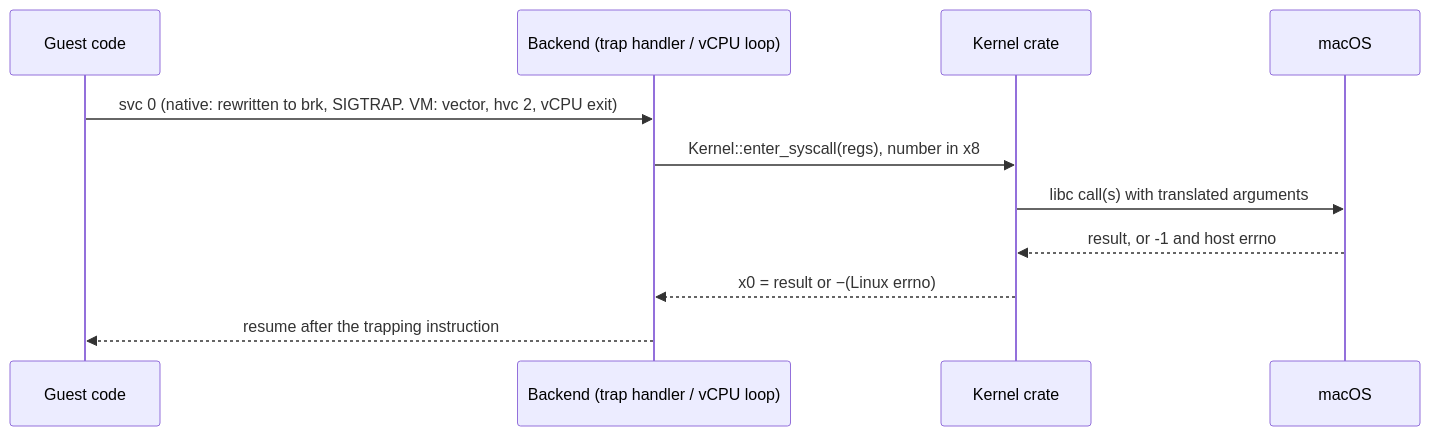
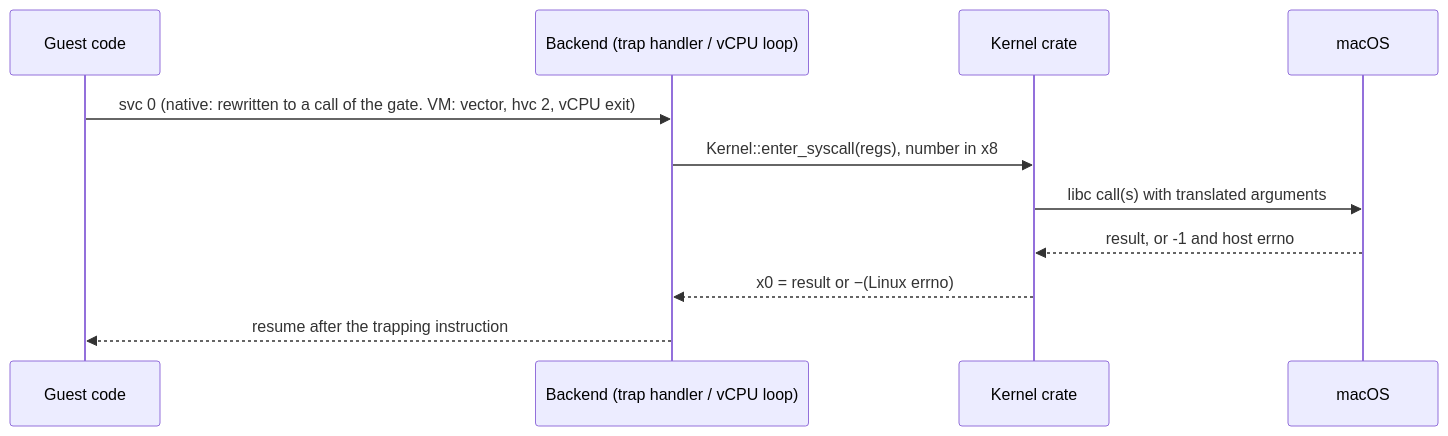
One commit to e6qu/fun-with-emulators changed the fourth of 14 diagrams in docs/linux-on-macos.md. Above: the diagram before and after it, drawn with Mermaid. The commit also changed other lines of this file and 10 other files, not shown here.

````diff
--- a/docs/linux-on-macos.md
+++ b/docs/linux-on-macos.md
@@ -1562,13 +1589,13 @@
 ```mermaid
 sequenceDiagram
     participant G as Guest code
     participant B as Backend (trap handler / vCPU loop)
     participant K as Kernel crate
     participant M as macOS
-    G->>B: svc 0 (native: rewritten to brk, SIGTRAP. VM: vector, hvc 2, vCPU exit)
+    G->>B: svc 0 (native: rewritten to a call of the gate. VM: vector, hvc 2, vCPU exit)
     B->>K: Kernel::enter_syscall(regs), number in x8
     K->>M: libc call(s) with translated arguments
     M-->>K: result, or -1 and host errno
     K-->>B: x0 = result or −(Linux errno)
     B-->>G: resume after the trapping instruction
 ```
````
